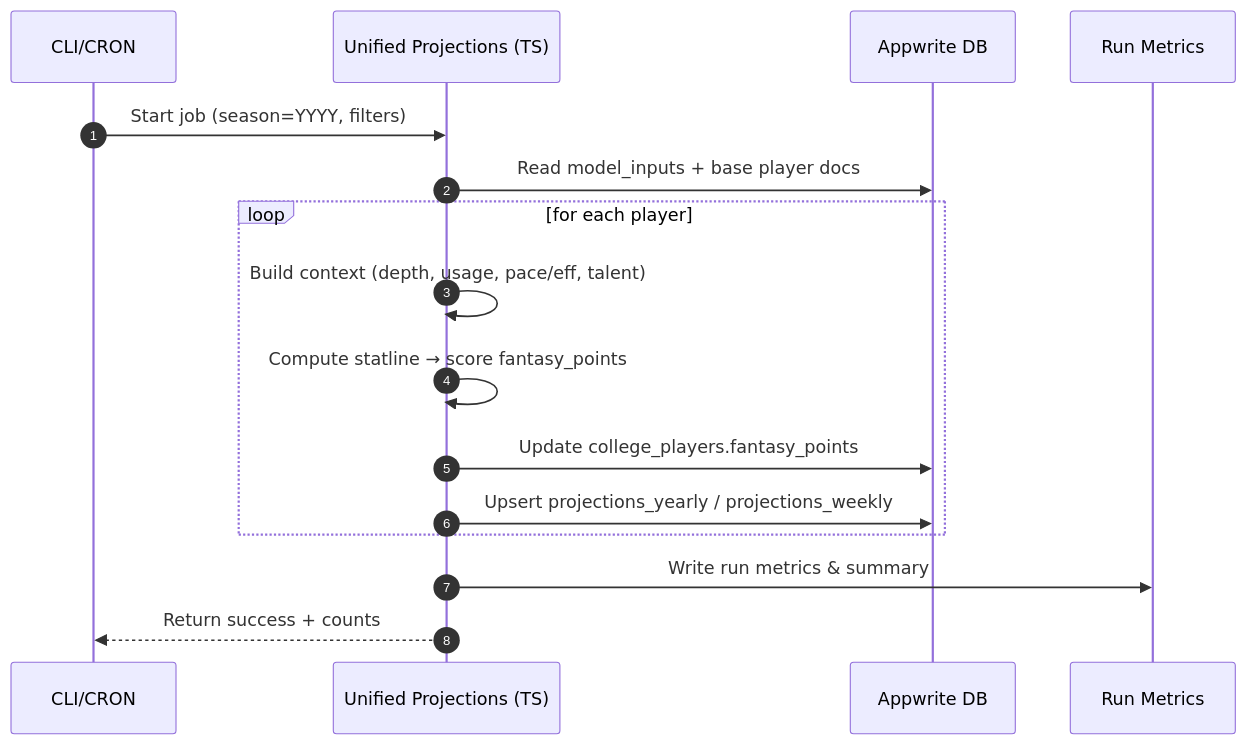
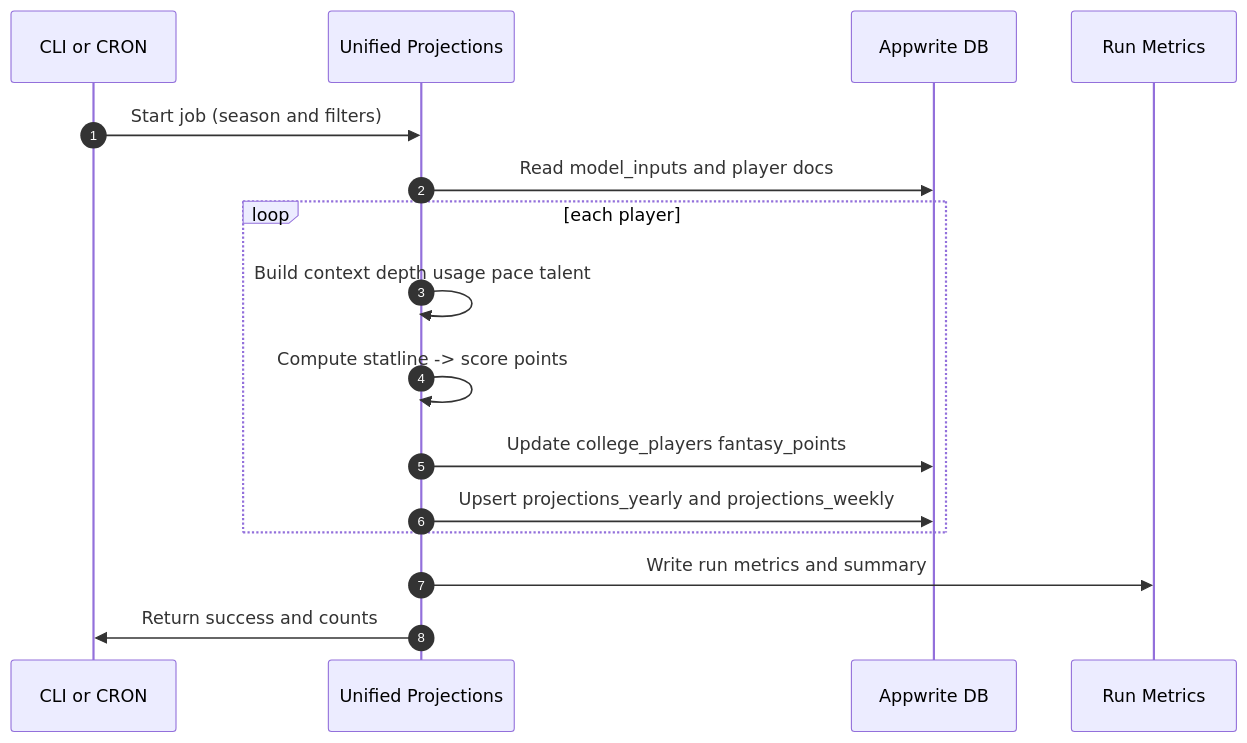
Before and after one commit to kpm34/college-football-fantasy-app: the second of 6 diagrams in public/docs/draft/PROJECTIONS_DIAGRAMS.md, drawn with Mermaid. The commit also changed other lines of this file and 11 other files, not shown here.

Commit message:
fix(auth): revert to session-secret cookie flow for OAuth

````diff
--- a/public/docs/draft/PROJECTIONS_DIAGRAMS.md
+++ b/public/docs/draft/PROJECTIONS_DIAGRAMS.md
@@ -66,19 +31,19 @@
 ```mermaid
 sequenceDiagram
   autonumber
-  participant CLI as CLI/CRON
-  participant ENG as Unified Projections (TS)
+  participant CLI as CLI or CRON
+  participant ENG as Unified Projections
   participant DB as Appwrite DB
   participant LOG as Run Metrics
 
-  CLI->>ENG: Start job (season=YYYY, filters)
-  ENG->>DB: Read model_inputs + base player docs
-  loop for each player
-    ENG->>ENG: Build context (depth, usage, pace/eff, talent)
-    ENG->>ENG: Compute statline → score fantasy_points
-    ENG->>DB: Update college_players.fantasy_points
-    ENG->>DB: Upsert projections_yearly / projections_weekly
+  CLI->>ENG: Start job (season and filters)
+  ENG->>DB: Read model_inputs and player docs
+  loop each player
+    ENG->>ENG: Build context depth usage pace talent
+    ENG->>ENG: Compute statline -> score points
+    ENG->>DB: Update college_players fantasy_points
+    ENG->>DB: Upsert projections_yearly and projections_weekly
   end
-  ENG->>LOG: Write run metrics & summary
-  ENG-->>CLI: Return success + counts
+  ENG->>LOG: Write run metrics and summary
+  ENG->>CLI: Return success and counts
 ```
````
